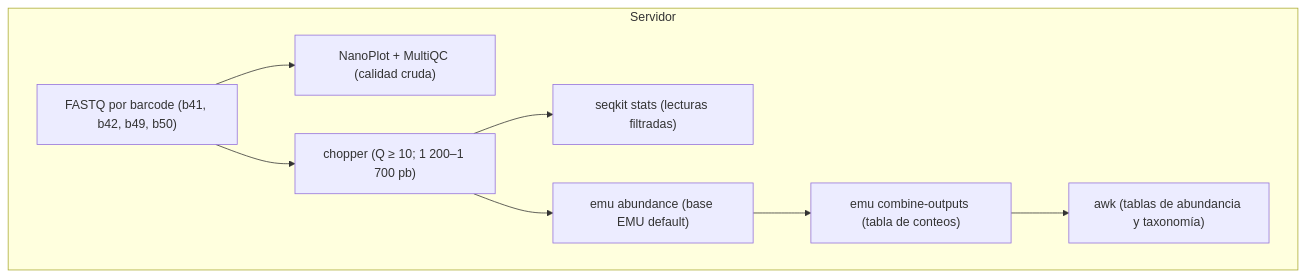
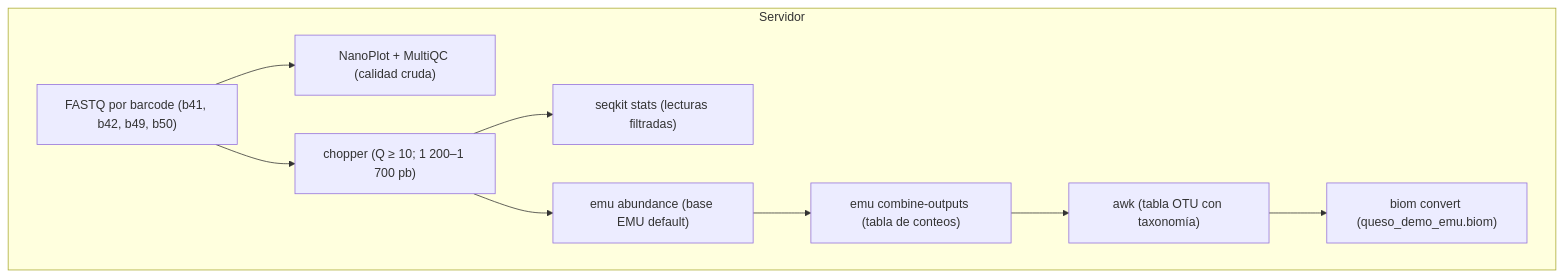
Before and after one commit to miRNA67/1ABL0055_202620_S13: the first of 3 diagrams in README.md, drawn with Mermaid. The commit also changed other lines of this file, not shown here.

````diff
--- a/README.md
+++ b/README.md
@@ -42,12 +42,13 @@
 ```mermaid
 flowchart LR
     subgraph SRV["Servidor"]
         direction LR
         A["FASTQ por barcode (b41, b42, b49, b50)"] --> B["NanoPlot + MultiQC (calidad cruda)"]
         A --> C["chopper (Q ≥ 10; 1 200–1 700 pb)"]
         C --> D["seqkit stats (lecturas filtradas)"]
         C --> E["emu abundance (base EMU default)"]
         E --> F["emu combine-outputs (tabla de conteos)"]
-        F --> G["awk (tablas de abundancia y taxonomía)"]
+        F --> G["awk (tabla OTU con taxonomía)"]
+        G --> H["biom convert (queso_demo_emu.biom)"]
     end
 ```
````
